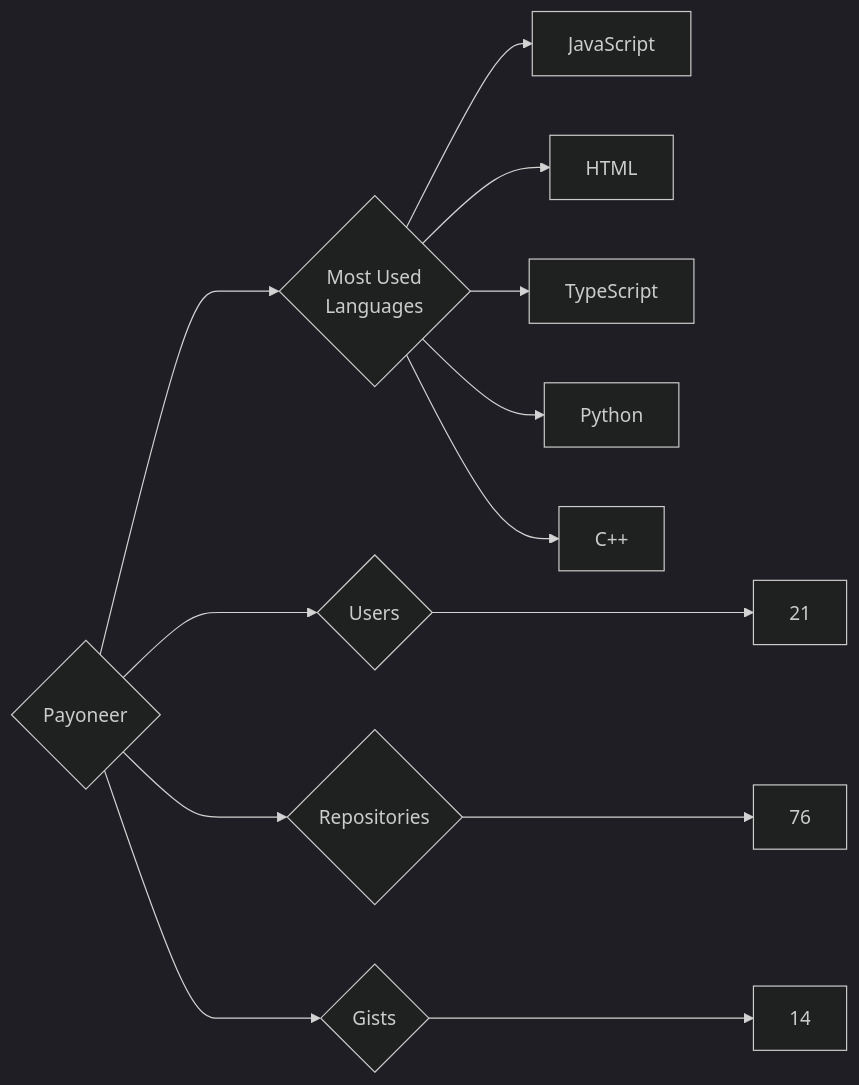
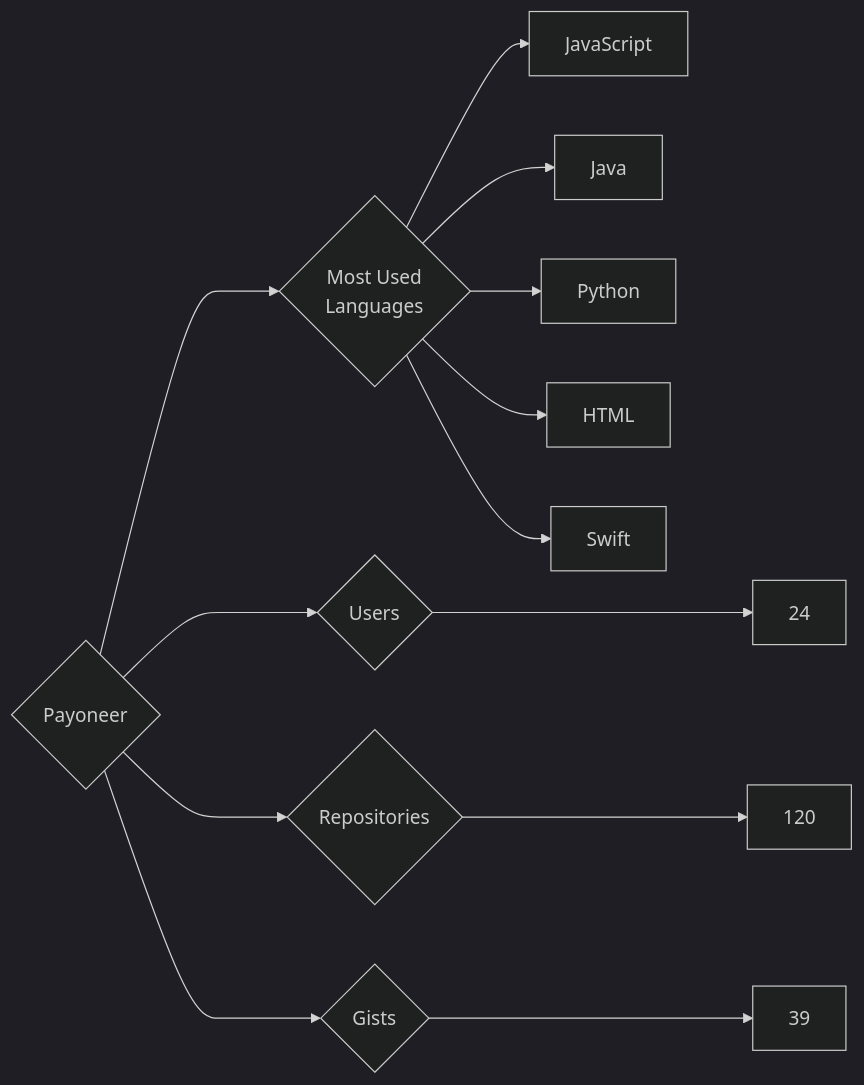
Before and after one commit to trickest/insiders: the diagram in targets/Payoneer/README.md, drawn with Mermaid (dark theme). The commit also changed 964 other files, not shown here.

````diff
--- a/targets/Payoneer/README.md
+++ b/targets/Payoneer/README.md
@@ -3,13 +3,13 @@
 ```mermaid
 graph LR
 COMPANY_NAME{Payoneer}
-COMPANY_NAME ---> U{Users} ---> UN[21]
-COMPANY_NAME ---> R{Repositories} ---> RN[76]
-COMPANY_NAME ---> G{Gists} ---> GN[14]
+COMPANY_NAME ---> U{Users} ---> UN[24]
+COMPANY_NAME ---> R{Repositories} ---> RN[120]
+COMPANY_NAME ---> G{Gists} ---> GN[39]
 COMPANY_NAME ---> ML{Most Used<br>Languages}
 ML --> JavaScript[JavaScript]
+ML --> Java[Java]
+ML --> Python[Python]
 ML --> HTML[HTML]
-ML --> TypeScript[TypeScript]
-ML --> Python[Python]
-ML --> C++[C++]
+ML --> Swift[Swift]
 ```
````
